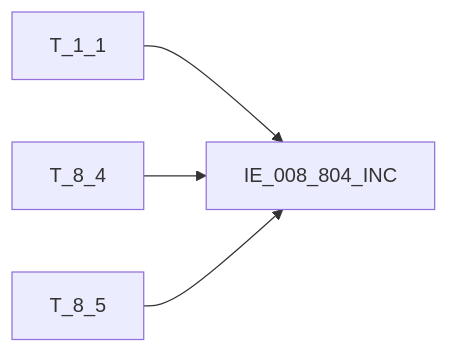
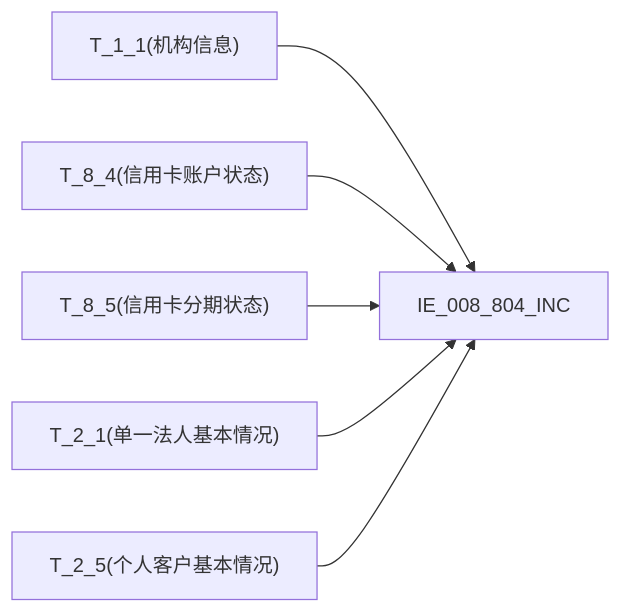
Before and after one commit to zhoujk1989-arch/Obsidian: the diagram in regulatory-data-lab/知识库/血缘/EAST5.0系统/血缘-IE_008_804_INC-信用卡分期业务表-EAST5.0系统.md, drawn with Mermaid. The commit also changed other lines of this file and 93 other files, not shown here.

````diff
--- a/regulatory-data-lab/知识库/血缘/EAST5.0系统/血缘-IE_008_804_INC-信用卡分期业务表-EAST5.0系统.md
+++ b/regulatory-data-lab/知识库/血缘/EAST5.0系统/血缘-IE_008_804_INC-信用卡分期业务表-EAST5.0系统.md
@@ -92,6 +101,8 @@
 ```mermaid
 flowchart LR
-    S1["T_1_1"] --> T["IE_008_804_INC"]
-    S2["T_8_4"] --> T["IE_008_804_INC"]
-    S3["T_8_5"] --> T["IE_008_804_INC"]
+    S1["T_1_1(机构信息)"] --> T["IE_008_804_INC"]
+    S2["T_8_4(信用卡账户状态)"] --> T["IE_008_804_INC"]
+    S3["T_8_5(信用卡分期状态)"] --> T["IE_008_804_INC"]
+    S4["T_2_1(单一法人基本情况)"] --> T["IE_008_804_INC"]
+    S5["T_2_5(个人客户基本情况)"] --> T["IE_008_804_INC"]
 ```
````
